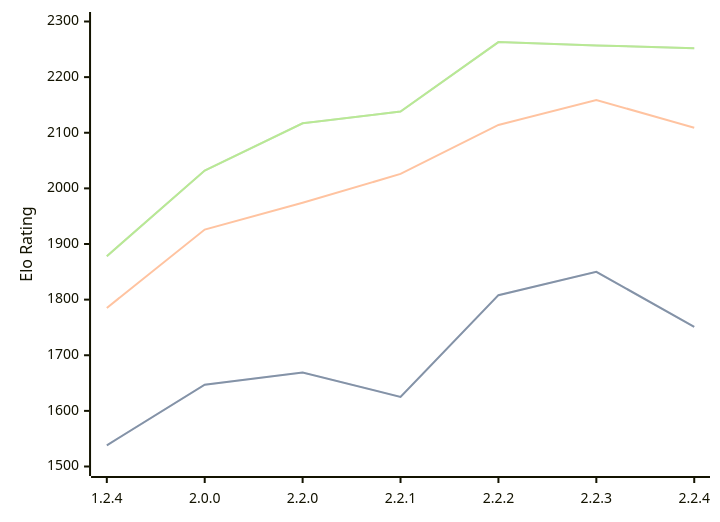
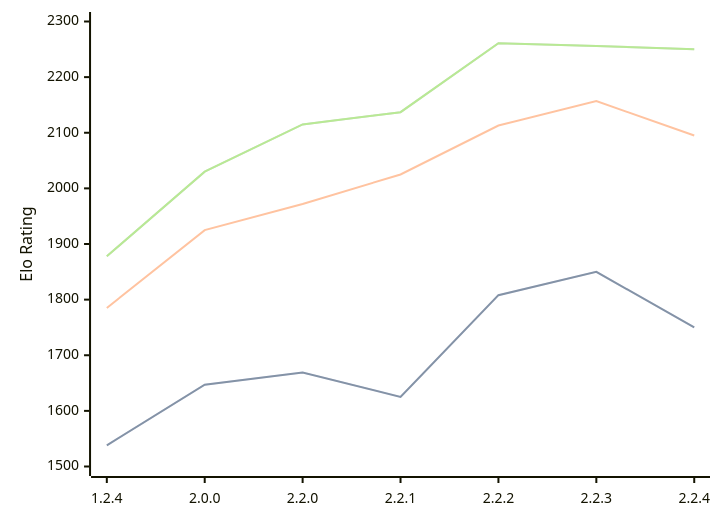
The diagram in engines/Kreveta.md (computer-chess-index/cci), drawn with Mermaid before and after one commit. The commit also changed other lines of this file, not shown here.

Commit message:
Update CCI Ratings (ELO VLTC) - 2026-03-08

````diff
--- a/engines/Kreveta.md
+++ b/engines/Kreveta.md
@@ -38,11 +38,11 @@
 ```mermaid
 %%{init: {"theme":"base","themeVariables":{"seriesColors:['#a3a3a3','#222221','#faa371']}}}%%
 xychart-beta
   x-axis ["1.2.4", "2.0.0", "2.2.0", "2.2.1", "2.2.2", "2.2.3", "2.2.4"]
   y-axis "Elo Rating" 1500 --> 2300
-  line "STC (8.0+0.08s)" [1538, 1647, 1669, 1625, 1808, 1850, 1751]
-  line "STC (8.0+0.08s)" [1538, 1647, 1669, 1625, 1808, 1850, 1751]
-  line "LTC (60.0+0.60s)" [1785, 1926, 1974, 2026, 2114, 2159, 2109]
-  line "VLTC (2m24s+1.12s)" [1878, 2032, 2117, 2138, 2263, 2257, 2252]
-  line "VLTC (2m24s+1.12s)" [1878, 2032, 2117, 2138, 2263, 2257, 2252]
+  line "STC (8.0+0.08s)" [1538, 1647, 1669, 1625, 1808, 1850, 1750]
+  line "STC (8.0+0.08s)" [1538, 1647, 1669, 1625, 1808, 1850, 1750]
+  line "LTC (60.0+0.60s)" [1785, 1925, 1972, 2025, 2113, 2157, 2095]
+  line "VLTC (2m24s+1.12s)" [1878, 2030, 2115, 2137, 2261, 2256, 2250]
+  line "VLTC (2m24s+1.12s)" [1878, 2030, 2115, 2137, 2261, 2256, 2250]
 ```
````
